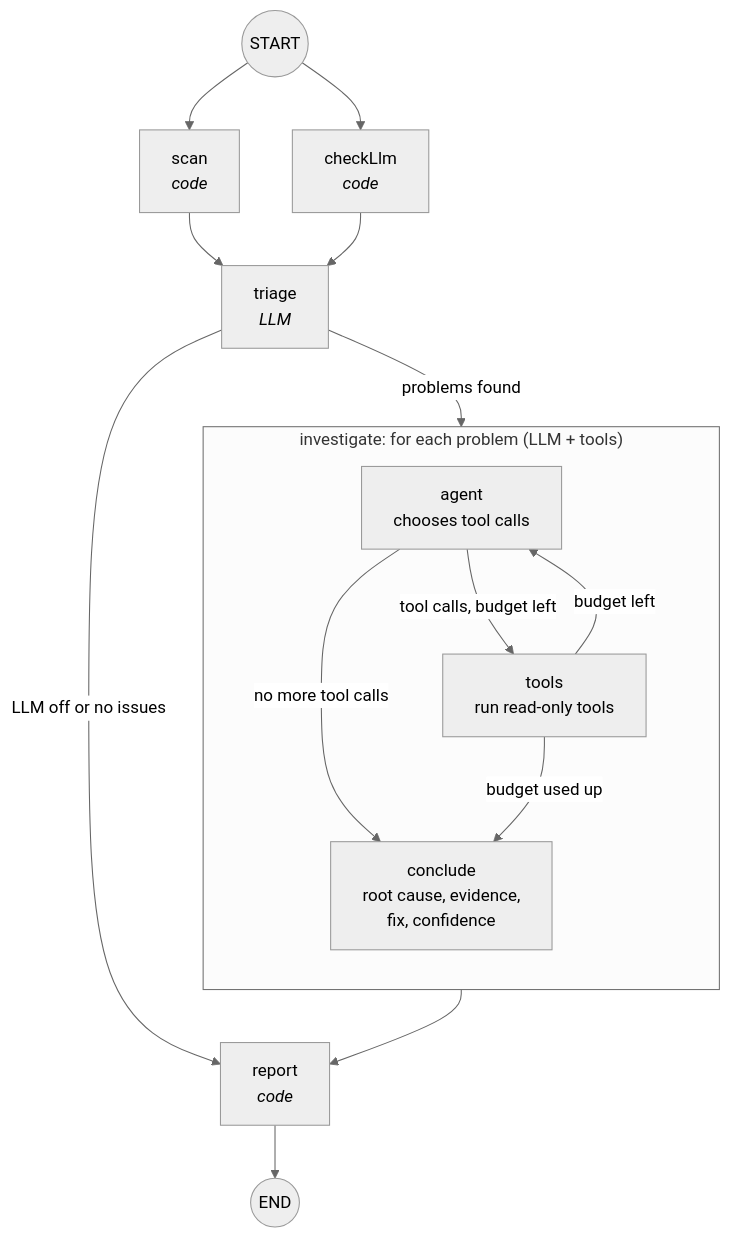
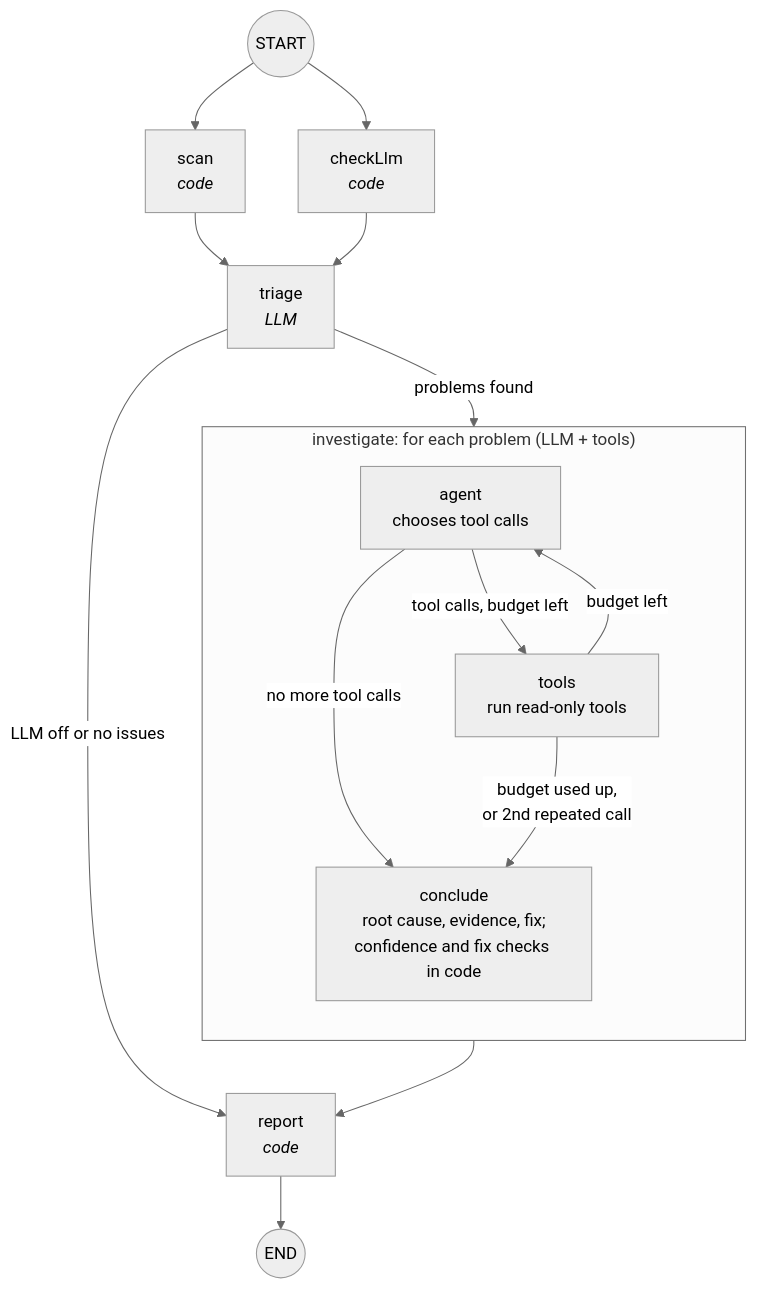
Before and after one commit to meirakrish/local-devops-agent: the second of 2 diagrams in README.md, drawn with Mermaid (neutral theme). The commit also changed other lines of this file and 12 other files, not shown here.

First line of the commit message:
Bound repeated tool calls, compute confidence, and check fix steps

````diff
--- a/README.md
+++ b/README.md
@@ -91,19 +91,19 @@
 ```mermaid
 flowchart TD
     start((START)) --> scan["scan<br/><i>code</i>"]
     start --> checkLlm["checkLlm<br/><i>code</i>"]
     scan --> triage["triage<br/><i>LLM</i>"]
     checkLlm --> triage
     triage -->|"problems found"| investigate
     triage -->|"LLM off or no issues"| report["report<br/><i>code</i>"]
     investigate --> report
     report --> done((END))
 
     subgraph investigate["investigate: for each problem (LLM + tools)"]
         direction TB
         agent["agent<br/>chooses tool calls"] -->|"tool calls, budget left"| tools["tools<br/>run read-only tools"]
         tools -->|"budget left"| agent
-        agent -->|"no more tool calls"| conclude["conclude<br/>root cause, evidence,<br/>fix, confidence"]
-        tools -->|"budget used up"| conclude
+        agent -->|"no more tool calls"| conclude["conclude<br/>root cause, evidence, fix;<br/>confidence and fix checks in code"]
+        tools -->|"budget used up,<br/>or 2nd repeated call"| conclude
     end
 ```
````
